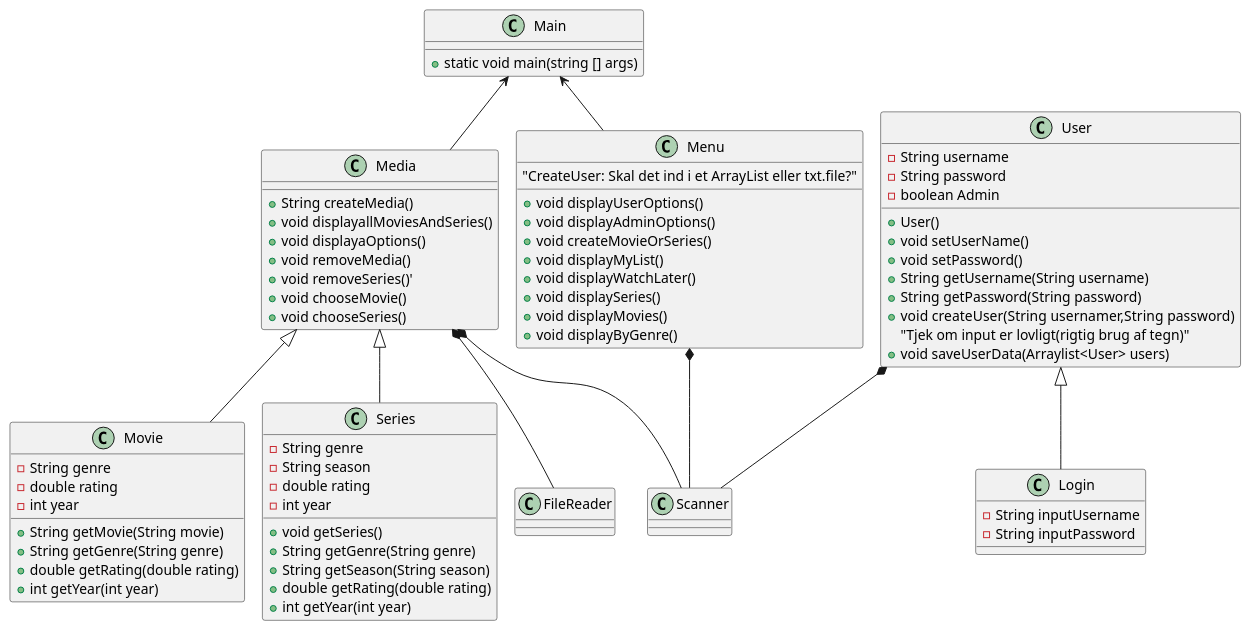
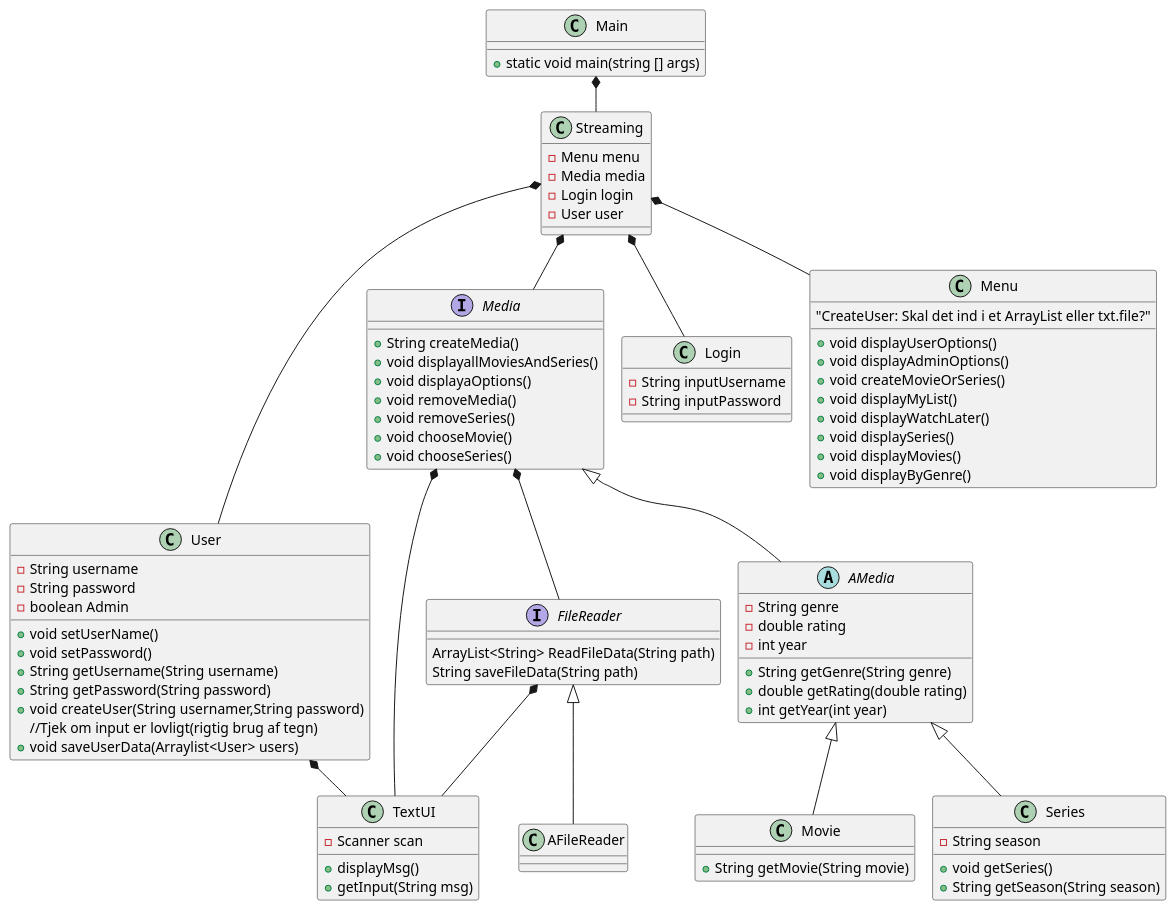
Before and after one commit to cphkev/SP3Streaming: the diagram in SP3_Streaming.puml, drawn with PlantUML.

Commit message:
Domain/Class diagram11:40 17/11

```diff
--- a/SP3_Streaming.puml
+++ b/SP3_Streaming.puml
@@ -1,95 +1,114 @@
 @startuml
 'https://plantuml.com/sequence-diagram
 !pragma layout smetana
 class Main
-class Media
+interface Media
 class Movie
 class Series
 class User
 class Login
-class FileReader
+class AFileReader
 class Menu
-class Scanner
+class TextUI
+abstract AMedia
+interface FileReader
+class Streaming
 
-Main <-- Media
-Main <-- Menu
-Menu *-- Scanner
-Media <|-- Movie
-Media <|-- Series
+Media <|-- AMedia
+Main *-- Streaming
+Streaming *-- Login
+Streaming *-- Menu
+Streaming *-- Media
+Streaming *-- User
+
+FileReader *-- TextUI
+AMedia <|-- Movie
+AMedia <|-- Series
 Media *-- FileReader
-Media *-- Scanner
-User <|-- Login
-User *-- Scanner
+Media *-- TextUI
+User *-- TextUI
 
+FileReader <|-- AFileReader
 Main : + static void main(string [] args)
+
+class Streaming {
+- Menu menu
+-Media media
+-Login login
+-User user
+
+
+}
+
 
 
 
 Login : -String inputUsername
 Login : -String inputPassword
 
+FileReader : ArrayList<String> ReadFileData(String path)
+FileReader : String saveFileData(String path)
 
-User : + User()
 User : -String username
 User : -String password
 User : -boolean Admin
 
 User : + void setUserName()
 User : + void setPassword()
 
 User : + String getUsername(String username)
 User : + String getPassword(String password)
 
 User : +void createUser(String usernamer,String password)
-User : "Tjek om input er lovligt(rigtig brug af tegn)"
+User : //Tjek om input er lovligt(rigtig brug af tegn)
 
 User : +void saveUserData(Arraylist<User> users)
 
 Menu : +void displayUserOptions()
 Menu : +void displayAdminOptions()
 Menu : +void createMovieOrSeries()
 Menu : +void displayMyList()
 Menu : "CreateUser: Skal det ind i et ArrayList eller txt.file?"
 Menu : +void displayWatchLater()
 Menu : +void displaySeries()
 Menu : +void displayMovies()
 Menu : +void displayByGenre()
 
+TextUI : -Scanner scan
+TextUI : + displayMsg()
+TextUI : +getInput(String msg)
 
 Media : +String createMedia()
 Media : +void displayallMoviesAndSeries()
 Media : +void displayaOptions()
 Media : +void removeMedia()
-Media : +void removeSeries()'
+Media : +void removeSeries()
 Media : +void chooseMovie()
 Media : +void chooseSeries()
 
-Movie : -String genre
-Movie : -double rating
-Movie : -int year
+AMedia : -String genre
+AMedia : -double rating
+AMedia : -int year
+Movie : +String getMovie(String movie)
 
-Movie : +String getMovie(String movie)
-Movie : +String getGenre(String genre)
-Movie : +double getRating(double rating)
-Movie : +int getYear(int year)
+AMedia : +String getGenre(String genre)
+AMedia : +double getRating(double rating)
+AMedia : +int getYear(int year)
 
-Series : -String genre
+
 Series : -String season
-Series : -double rating
-Series : -int year
+
 
 
 Series : +void getSeries()
-Series : +String getGenre(String genre)
 Series : +String getSeason(String season)
-Series : +double getRating(double rating)
-Series : +int getYear(int year)
+
 
 
 
 
 
 
 
 
 @enduml
```
